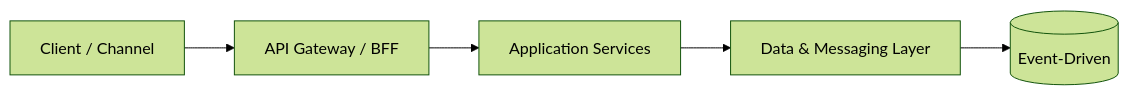
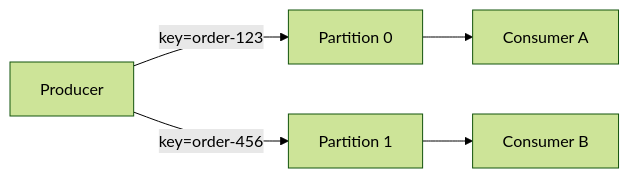
Before and after one commit to pradeep2Tech/pradeep2Tech.github.io: the fifth of 5 diagrams in content/technology-playbook/event-driven-architecture.md, drawn with Mermaid (forest theme). The commit also changed other lines of this file and 42 other files, not shown here.

````diff
--- a/content/technology-playbook/event-driven-architecture.md
+++ b/content/technology-playbook/event-driven-architecture.md
@@ -37,7 +270,8 @@
 ```mermaid
 flowchart LR
-  client[Client / Channel] --> edge[API Gateway / BFF]
-  edge --> svc[Application Services]
-  svc --> data[Data & Messaging Layer]
-  data --> store[(Event-Driven)]
+    Producer[Producer]
+    Producer -->|"key=order-123"| P0[Partition 0]
+    Producer -->|"key=order-456"| P1[Partition 1]
+    P0 --> C0[Consumer A]
+    P1 --> C1[Consumer B]
 ```
````
